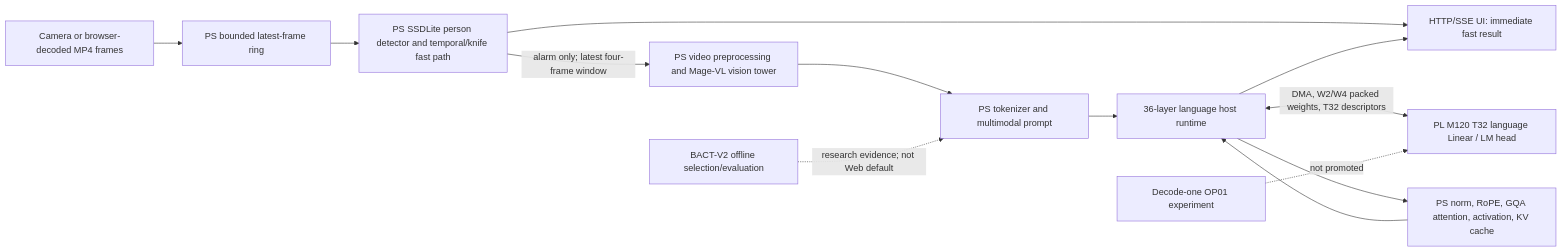
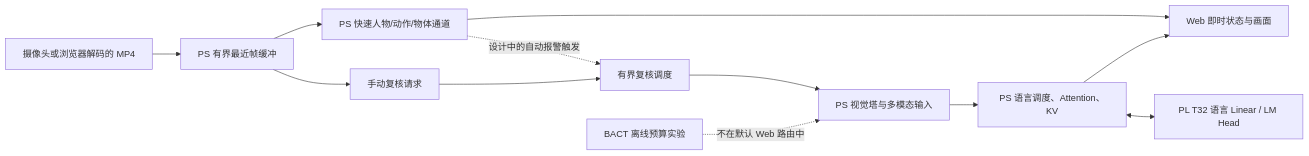
Before and after one commit to 3042966866liu-ops/kv260-mage-vl-4b: the diagram in docs/architecture.md, drawn with Mermaid. The commit also changed other lines of this file and 17 other files, not shown here.

Commit message:
docs: foreground KV260 results and organize experiment evidence

````diff
--- a/docs/architecture.md
+++ b/docs/architecture.md
@@ -3,15 +5,14 @@
 ```mermaid
 flowchart LR
-    V[Camera or browser-decoded MP4 frames] --> R[PS bounded latest-frame ring]
-    R --> F[PS SSDLite person detector and temporal/knife fast path]
-    F --> W[HTTP/SSE UI: immediate fast result]
-    F -->|alarm only; latest four-frame window| P[PS video preprocessing and Mage-VL vision tower]
-    P --> T[PS tokenizer and multimodal prompt]
-    T --> L[36-layer language host runtime]
-    L <-->|DMA, W2/W4 packed weights, T32 descriptors| H[PL M120 T32 language Linear / LM head]
-    L --> A[PS norm, RoPE, GQA attention, activation, KV cache]
-    A --> L
-    L --> W
-    B[BACT-V2 offline selection/evaluation] -.->|research evidence; not Web default| T
-    D[Decode-one OP01 experiment] -.->|not promoted| H
+    S[摄像头或浏览器解码的 MP4] --> R[PS 有界最近帧缓冲]
+    R --> F[PS 快速人物/动作/物体通道]
+    F --> U[Web 即时状态与画面]
+    R --> M[手动复核请求]
+    F -. 设计中的自动报警触发 .-> Q[有界复核调度]
+    M --> Q
+    Q --> V[PS 视觉塔与多模态输入]
+    V --> P[PS 语言调度、Attention、KV]
+    P <--> H[PL T32 语言 Linear / LM Head]
+    P --> U
+    B[BACT 离线预算实验] -. 不在默认 Web 路由中 .-> V
 ```
````
